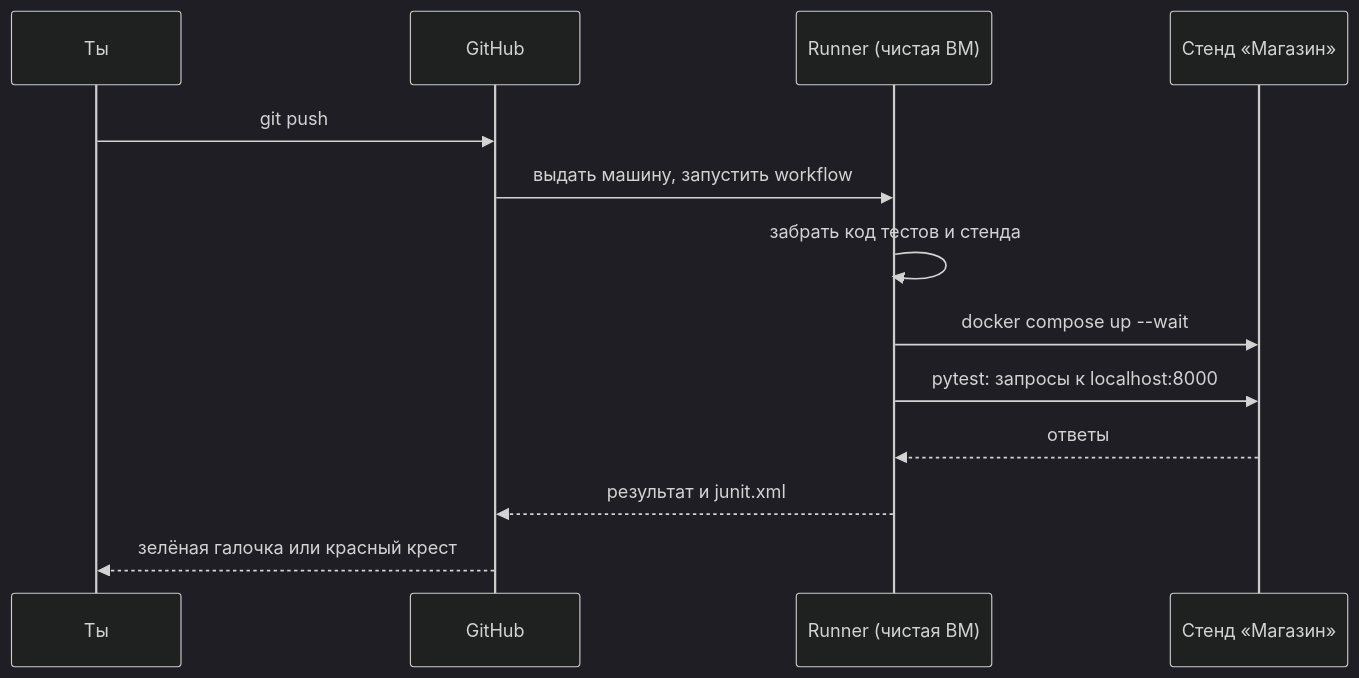
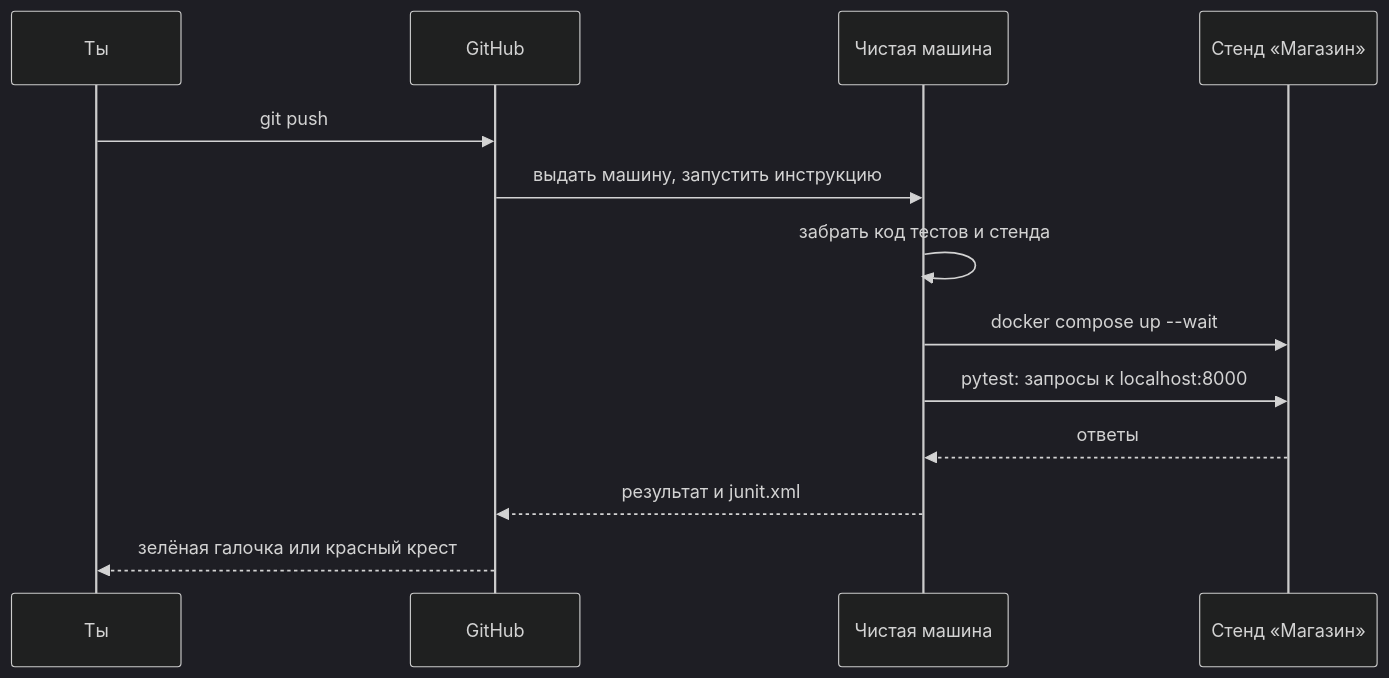
The first of 2 diagrams in 06-api-testing/03-ci-actions.md (distinguished-sre/load-tester), drawn with Mermaid (dark theme) before and after one commit. The commit also changed other lines of this file and 3 other files, not shown here.

````diff
--- a/06-api-testing/03-ci-actions.md
+++ b/06-api-testing/03-ci-actions.md
@@ -28,15 +33,15 @@
 ```mermaid
 sequenceDiagram
     participant Dev as Ты
     participant GH as GitHub
-    participant Run as Runner (чистая ВМ)
+    participant Run as Чистая машина
     participant Shop as Стенд «Магазин»
     Dev->>GH: git push
-    GH->>Run: выдать машину, запустить workflow
+    GH->>Run: выдать машину, запустить инструкцию
     Run->>Run: забрать код тестов и стенда
     Run->>Shop: docker compose up --wait
     Run->>Shop: pytest: запросы к localhost:8000
     Shop-->>Run: ответы
     Run-->>GH: результат и junit.xml
     GH-->>Dev: зелёная галочка или красный крест
 ```
````
